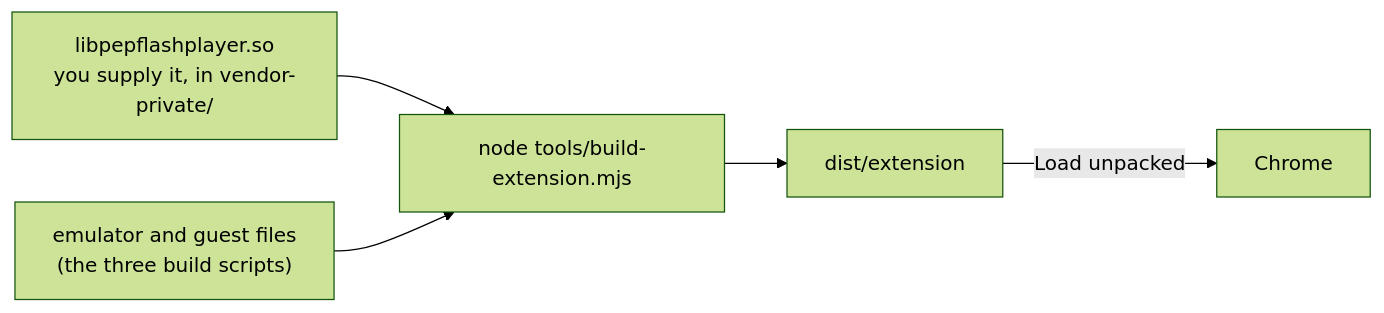
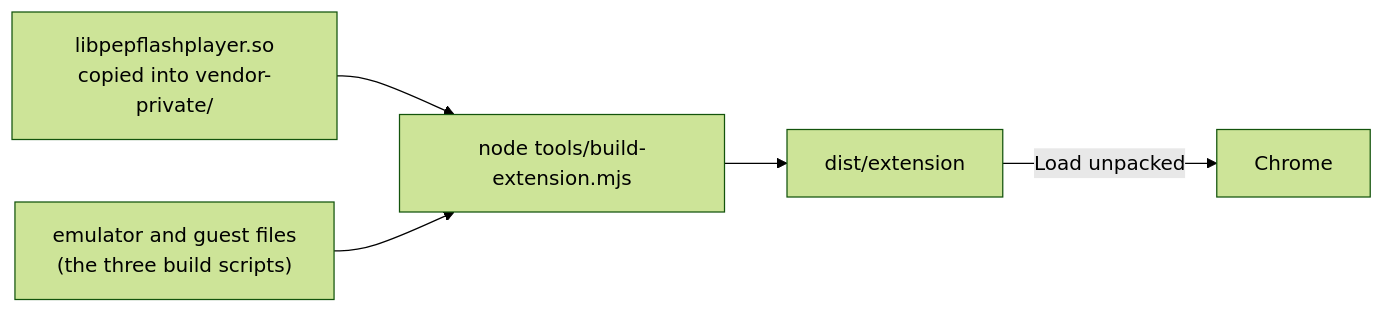
One commit to khoaakt/flash-runner changed the second of 2 diagrams in README.md. Above: the diagram before and after it, drawn with Mermaid (forest theme). The commit also changed other lines of this file and 9 other files, not shown here.

First line of the commit message:
Docs: plainer wording about Flash Player and the vendor-private directory

````diff
--- a/README.md
+++ b/README.md
@@ -75,7 +75,7 @@
 ```mermaid
 flowchart LR
-    plugin["libpepflashplayer.so<br/>you supply it, in vendor-private/"] --> build
+    plugin["libpepflashplayer.so<br/>copied into vendor-private/"] --> build
     parts["emulator and guest files<br/>(the three build scripts)"] --> build["node tools/build-extension.mjs"]
     build --> dist["dist/extension"]
     dist -->|Load unpacked| browser["Chrome"]
 ```
````
